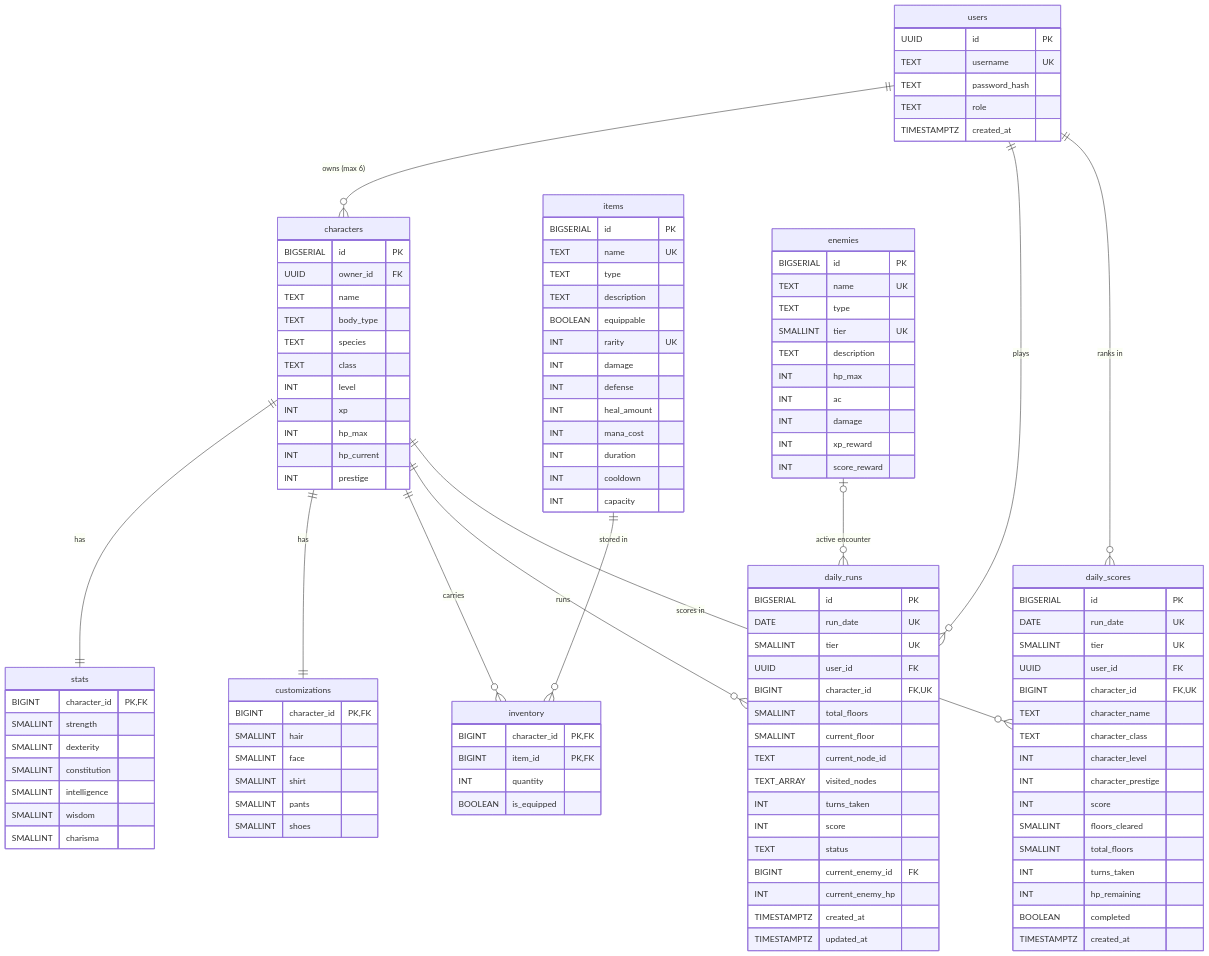
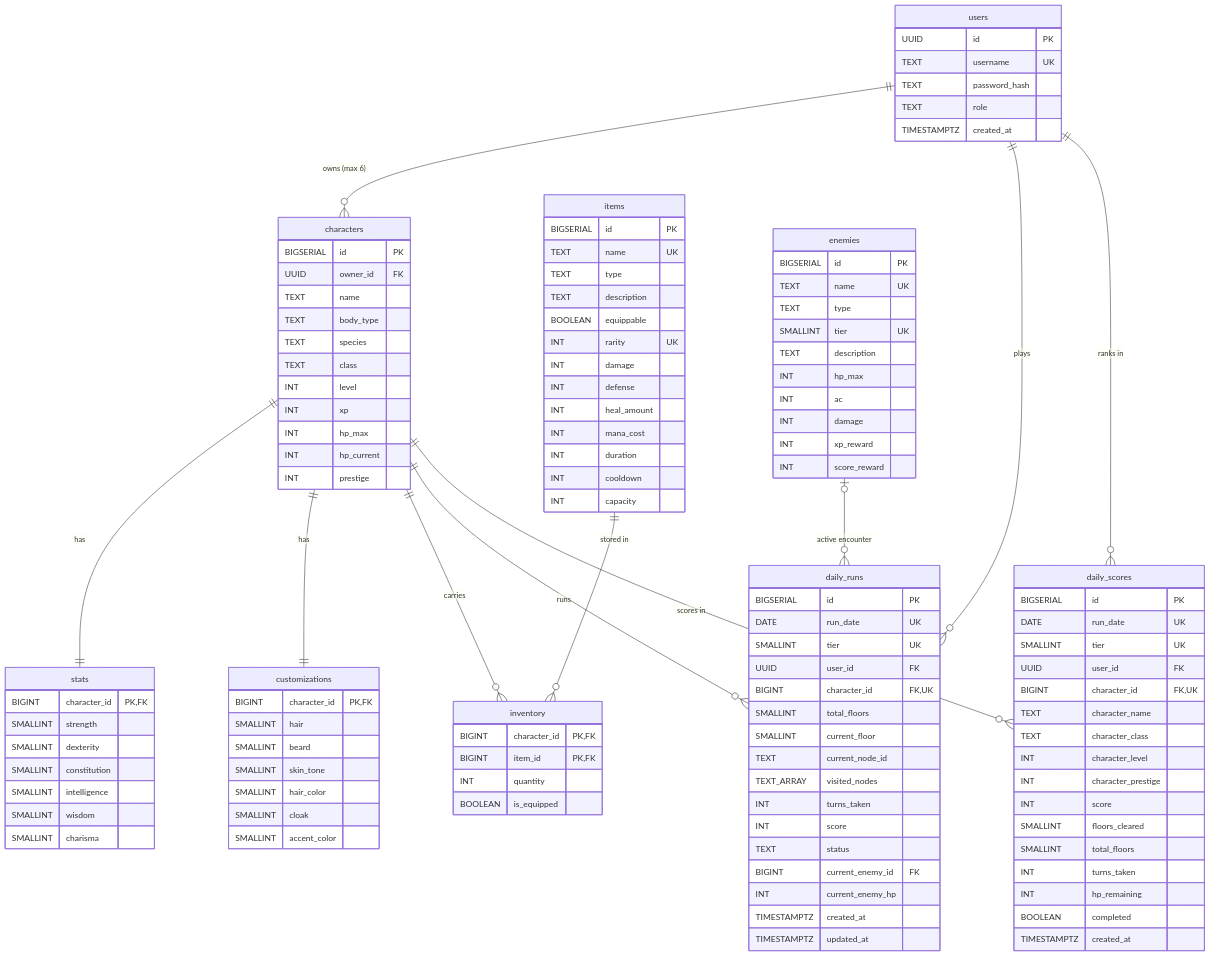
Before and after one commit to dZev1/character-gallery-api: the diagram in README.md, drawn with Mermaid. The commit also changed other lines of this file and 13 other files, not shown here.

Commit message:
character schema updated for customizations

```diff
--- a/README.md
+++ b/README.md
@@ -331,10 +332,11 @@
     customizations {
         BIGINT character_id PK, FK
         SMALLINT hair
-        SMALLINT face
-        SMALLINT shirt
-        SMALLINT pants
-        SMALLINT shoes
+        SMALLINT beard
+        SMALLINT skin_tone
+        SMALLINT hair_color
+        SMALLINT cloak
+        SMALLINT accent_color
     }
 
     items {
```
